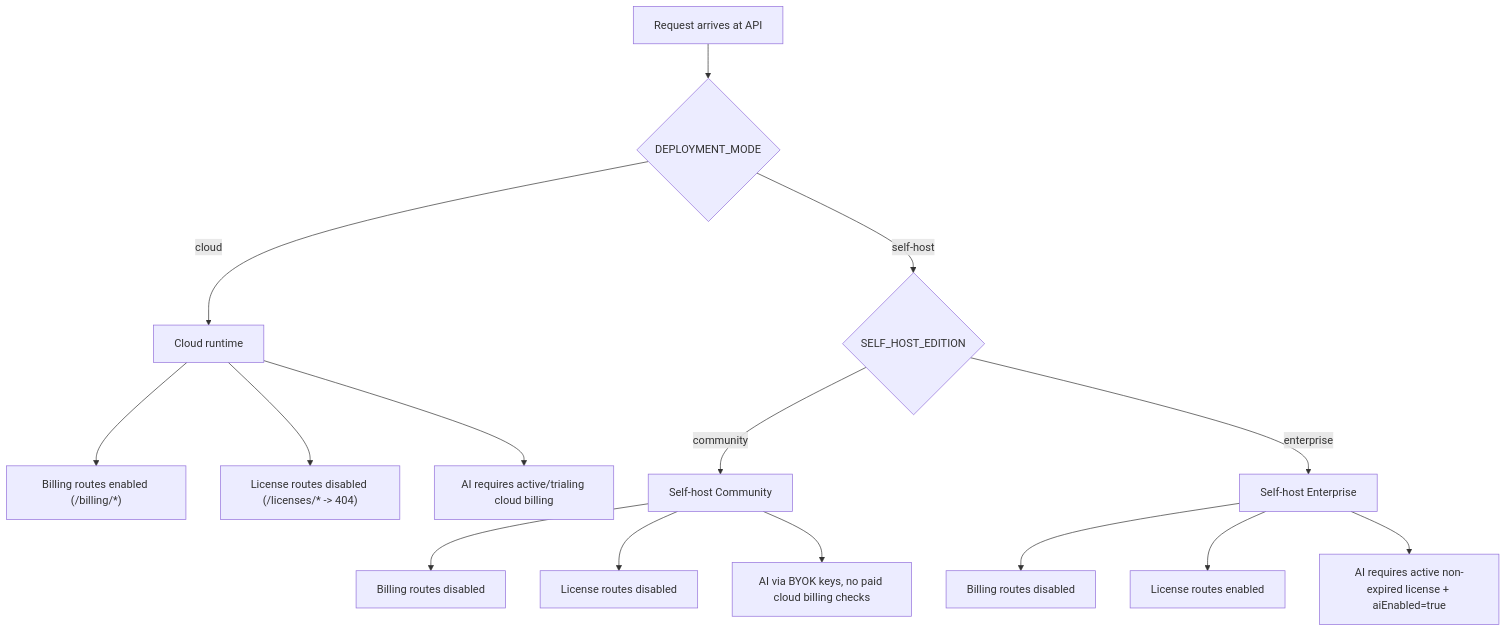
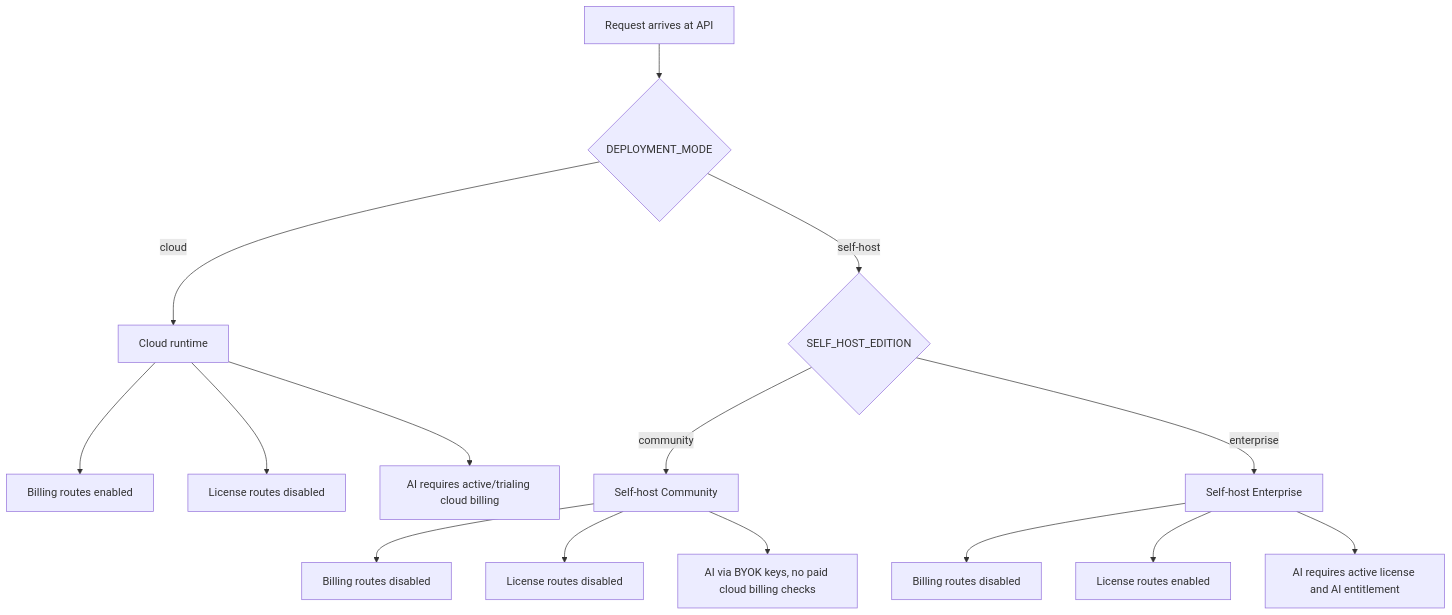
One commit to Veri5ied/dataflow-studio changed the second of 7 diagrams in docs/system-design-flow.md. Above: the diagram before and after it, drawn with Mermaid. The commit also changed other lines of this file, not shown here.

Commit message:
GitHub-safe Mermaid syntax

````diff
--- a/docs/system-design-flow.md
+++ b/docs/system-design-flow.md
@@ -38,20 +38,20 @@
 ```mermaid
 flowchart TD
   A["Request arrives at API"] --> B{"DEPLOYMENT_MODE"}
   B -->|cloud| C["Cloud runtime"]
   B -->|self-host| D{"SELF_HOST_EDITION"}
 
-  C --> C1["Billing routes enabled (/billing/*)"]
-  C --> C2["License routes disabled (/licenses/* -> 404)"]
+  C --> C1["Billing routes enabled"]
+  C --> C2["License routes disabled"]
   C --> C3["AI requires active/trialing cloud billing"]
 
   D -->|community| E["Self-host Community"]
   E --> E1["Billing routes disabled"]
   E --> E2["License routes disabled"]
   E --> E3["AI via BYOK keys, no paid cloud billing checks"]
 
   D -->|enterprise| F["Self-host Enterprise"]
   F --> F1["Billing routes disabled"]
   F --> F2["License routes enabled"]
-  F --> F3["AI requires active non-expired license + aiEnabled=true"]
+  F --> F3["AI requires active license and AI entitlement"]
 ```
````
